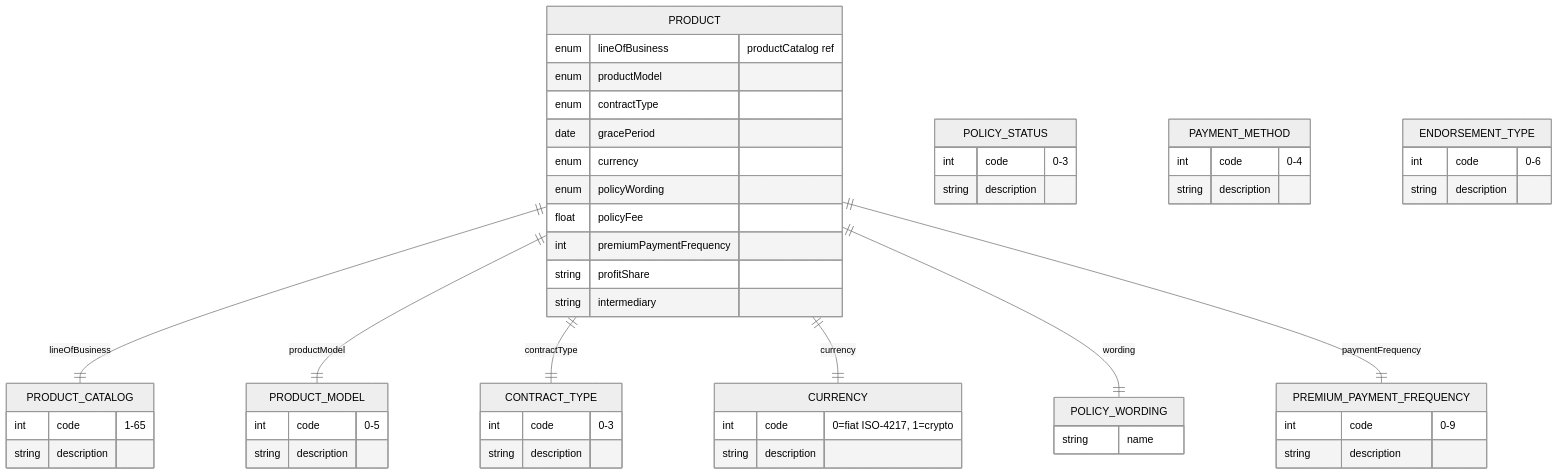
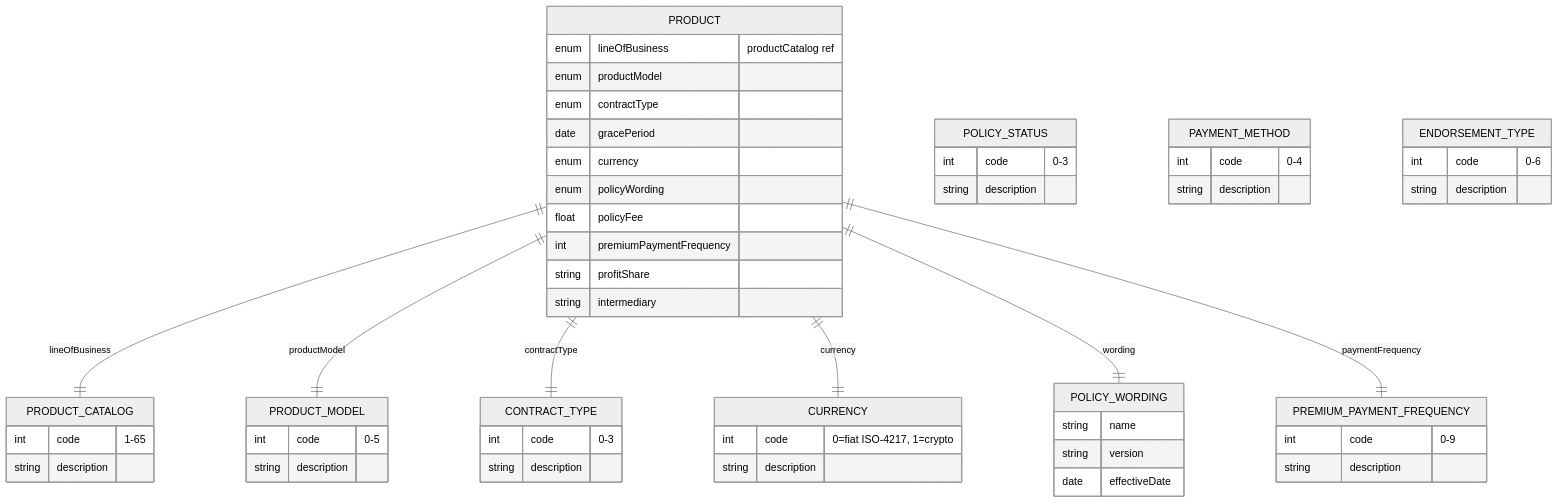
The diagram in 02-products-catalog/data-model.md (trisilva/opin), drawn with Mermaid (neutral theme) before and after one commit. The commit also changed other lines of this file and 44 other files, not shown here.

````diff
--- a/02-products-catalog/data-model.md
+++ b/02-products-catalog/data-model.md
@@ -9,57 +15,59 @@
 ```mermaid
 erDiagram
     PRODUCT {
         enum lineOfBusiness "productCatalog ref"
         enum productModel
         enum contractType
         date gracePeriod
         enum currency
         enum policyWording
         float policyFee
         int premiumPaymentFrequency
         string profitShare
         string intermediary
     }
     PRODUCT_CATALOG {
         int code "1-65"
         string description
     }
     PRODUCT_MODEL {
         int code "0-5"
         string description
     }
     CONTRACT_TYPE {
         int code "0-3"
         string description
     }
     POLICY_STATUS {
         int code "0-3"
         string description
     }
     POLICY_WORDING {
         string name
+        string version
+        date effectiveDate
     }
     CURRENCY {
         int code "0=fiat ISO-4217, 1=crypto"
         string description
     }
     PAYMENT_METHOD {
         int code "0-4"
         string description
     }
     PREMIUM_PAYMENT_FREQUENCY {
         int code "0-9"
         string description
     }
     ENDORSEMENT_TYPE {
         int code "0-6"
         string description
     }
 
     PRODUCT ||--|| PRODUCT_CATALOG : "lineOfBusiness"
     PRODUCT ||--|| PRODUCT_MODEL : "productModel"
     PRODUCT ||--|| CONTRACT_TYPE : "contractType"
     PRODUCT ||--|| CURRENCY : "currency"
     PRODUCT ||--|| POLICY_WORDING : "wording"
     PRODUCT ||--|| PREMIUM_PAYMENT_FREQUENCY : "paymentFrequency"
 ```
````
